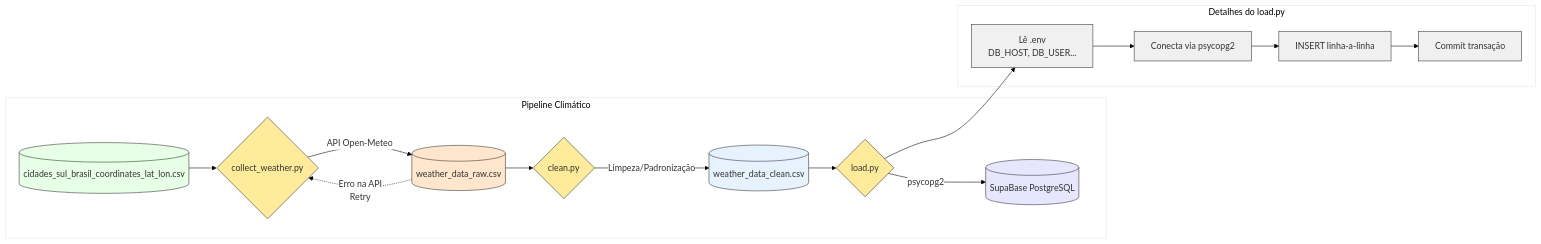
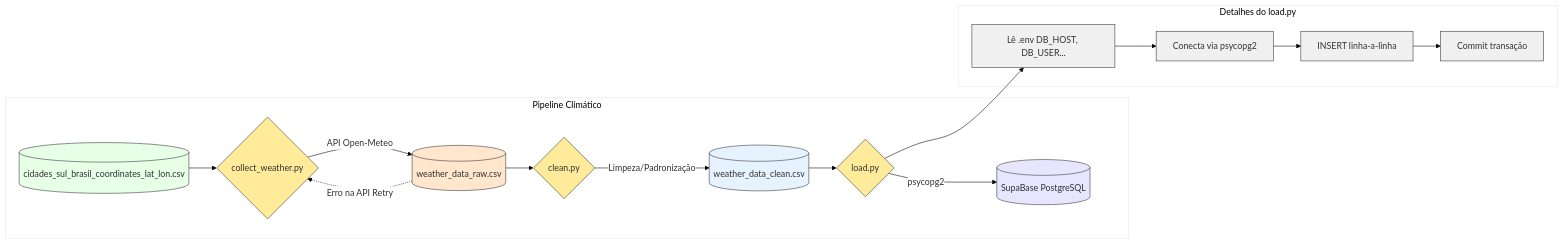
Before and after one commit to luizcaixeta/case_tecnico_10_pasteis: the second of 2 diagrams in README.md, drawn with Mermaid.

````diff
--- a/README.md
+++ b/README.md
@@ -61,33 +61,33 @@
 ```mermaid
 %%{init: {'theme': 'base', 'themeVariables': { 'primaryColor': '#ffffff', 'background': '#ffffff', 'primaryBorderColor': '#000000', 'lineColor': '#000000'}}}%%
 flowchart LR
     subgraph "Pipeline Climático"
         A[("cidades_sul_brasil_coordinates_lat_lon.csv")] --> B{collect_weather.py}
         B -->|API Open-Meteo| C[("weather_data_raw.csv")]
         C --> D{clean.py}
         D -->|Limpeza/Padronização| E[("weather_data_clean.csv")]
         E --> F{load.py}
         F -->|psycopg2| G[(SupaBase PostgreSQL)]
-        C -.->|Erro na API\nRetry| B
+        C -.->|Erro na API Retry| B
     end
 
     subgraph "Detalhes do load.py"
-        F --> H[Lê .env\nDB_HOST, DB_USER...]
+        F --> H[Lê .env DB_HOST, DB_USER...]
         H --> I[Conecta via psycopg2]
         I --> J[INSERT linha-a-linha]
         J --> K[Commit transação]
     end
 
     style A fill:#e6ffe6,stroke:#333
     style B fill:#ffeb99,stroke:#333
     style C fill:#ffe6cc,stroke:#333
     style D fill:#ffeb99,stroke:#333
     style E fill:#e6f3ff,stroke:#333
     style F fill:#ffeb99,stroke:#333
     style G fill:#e6e6ff,stroke:#333
     style H fill:#f0f0f0,stroke:#333
     style I fill:#f0f0f0,stroke:#333
     style J fill:#f0f0f0,stroke:#333
     style K fill:#f0f0f0,stroke:#333
 
 ```
````
